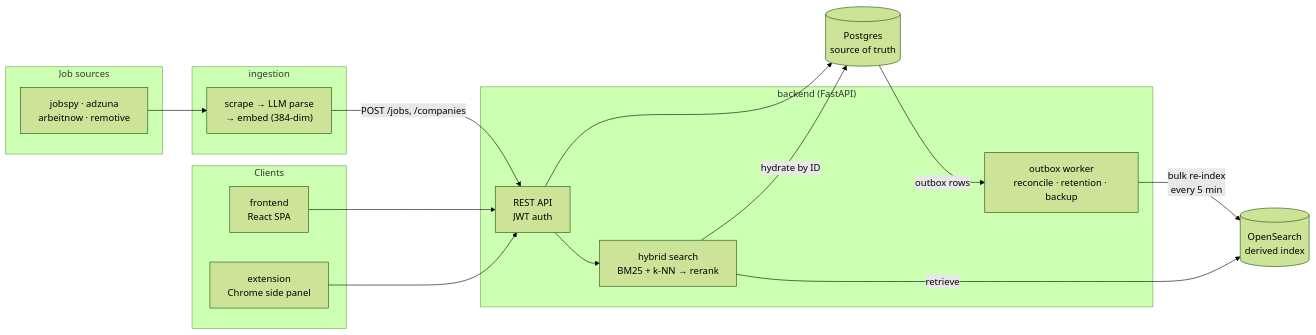
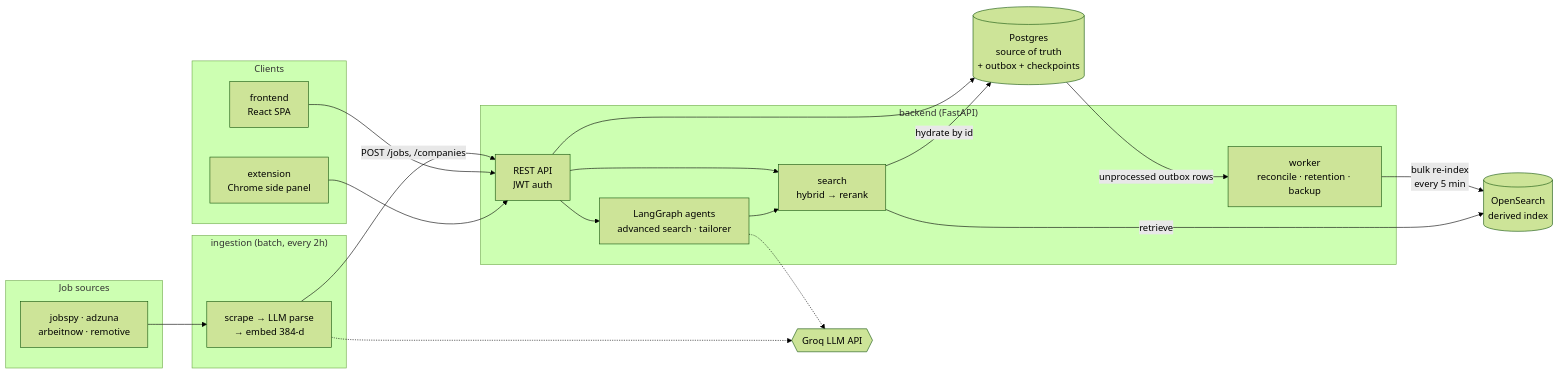
One commit to LorenzoSchiroli/jobstrainer changed the first of 5 diagrams in README.md. Above: the diagram before and after it, drawn with Mermaid (forest theme). The commit also changed other lines of this file and 1 other file, not shown here.

First line of the commit message:
docs: rebuild the README around architecture and reasoning

````diff
--- a/README.md
+++ b/README.md
@@ -13,35 +30,41 @@
 ```mermaid
 flowchart LR
     subgraph sources["Job sources"]
         S["jobspy · adzuna<br/>arbeitnow · remotive"]
     end
 
-    subgraph ing["ingestion"]
-        I["scrape → LLM parse<br/>→ embed (384-dim)"]
+    subgraph ing["ingestion (batch, every 2h)"]
+        I["scrape → LLM parse<br/>→ embed 384-d"]
     end
 
     subgraph clients["Clients"]
         FE["frontend<br/>React SPA"]
         EXT["extension<br/>Chrome side panel"]
     end
 
     subgraph be["backend (FastAPI)"]
         API["REST API<br/>JWT auth"]
-        SEARCH["hybrid search<br/>BM25 + k-NN → rerank"]
-        WORKER["outbox worker<br/>reconcile · retention · backup"]
+        SEARCH["search<br/>hybrid → rerank"]
+        AGENTS["LangGraph agents<br/>advanced search · tailorer"]
+        WORKER["worker<br/>reconcile · retention · backup"]
     end
 
-    PG[("Postgres<br/>source of truth")]
+    PG[("Postgres<br/>source of truth<br/>+ outbox + checkpoints")]
     OS[("OpenSearch<br/>derived index")]
+    LLM{{"Groq LLM API"}}
 
     S --> I
     I -->|"POST /jobs, /companies"| API
+    I -.-> LLM
     FE --> API
     EXT --> API
     API --> PG
-    PG -->|"outbox rows"| WORKER
+    PG -->|"unprocessed outbox rows"| WORKER
     WORKER -->|"bulk re-index<br/>every 5 min"| OS
     API --> SEARCH
+    API --> AGENTS
+    AGENTS -.-> LLM
+    AGENTS --> SEARCH
     SEARCH -->|"retrieve"| OS
-    SEARCH -->|"hydrate by ID"| PG
+    SEARCH -->|"hydrate by id"| PG
 ```
````
